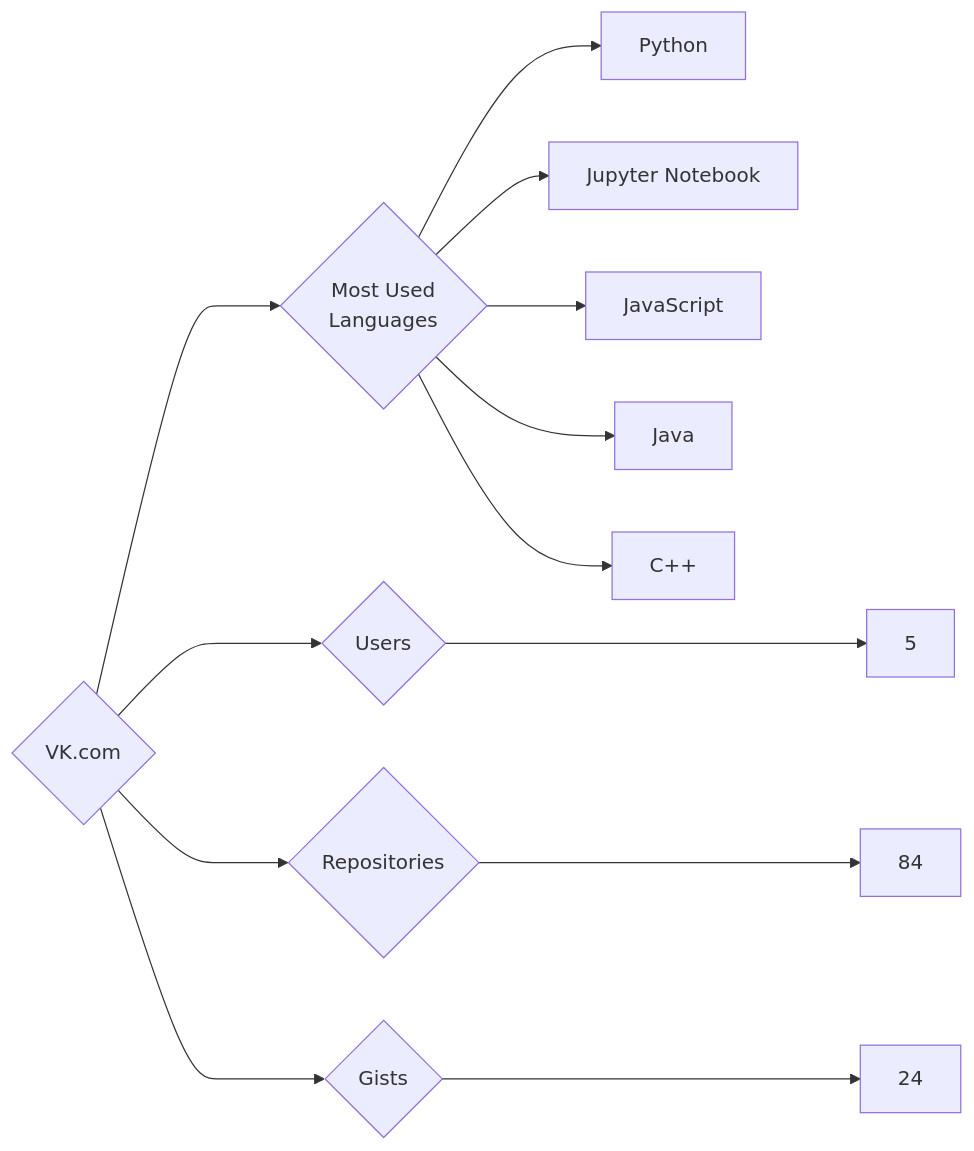
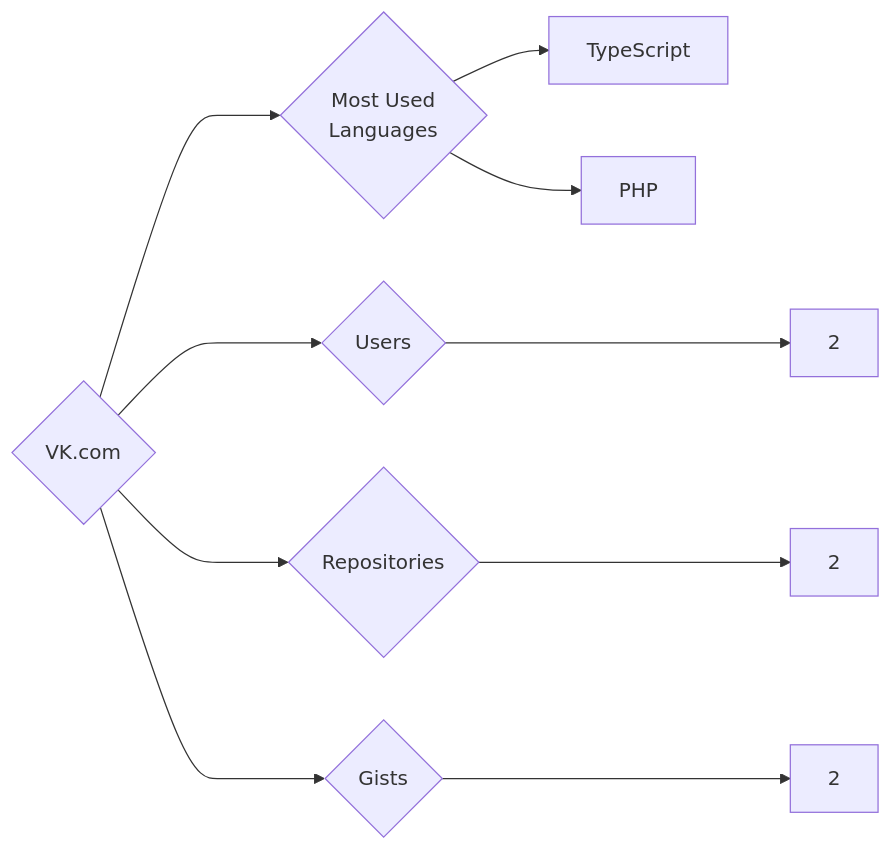
The diagram in targets/VK.com/README.md (trickest/insiders), drawn with Mermaid before and after one commit. The commit also changed 839 other files, not shown here.

````diff
--- a/targets/VK.com/README.md
+++ b/targets/VK.com/README.md
@@ -3,13 +3,10 @@
 ```mermaid
 graph LR
 COMPANY_NAME{VK.com}
-COMPANY_NAME ---> U{Users} ---> UN[5]
-COMPANY_NAME ---> R{Repositories} ---> RN[84]
-COMPANY_NAME ---> G{Gists} ---> GN[24]
+COMPANY_NAME ---> U{Users} ---> UN[2]
+COMPANY_NAME ---> R{Repositories} ---> RN[2]
+COMPANY_NAME ---> G{Gists} ---> GN[2]
 COMPANY_NAME ---> ML{Most Used<br>Languages}
-ML --> Python[Python]
-ML --> Jupyter_Notebook[Jupyter Notebook]
-ML --> JavaScript[JavaScript]
-ML --> Java[Java]
-ML --> C++[C++]
+ML --> TypeScript[TypeScript]
+ML --> PHP[PHP]
 ```
````
